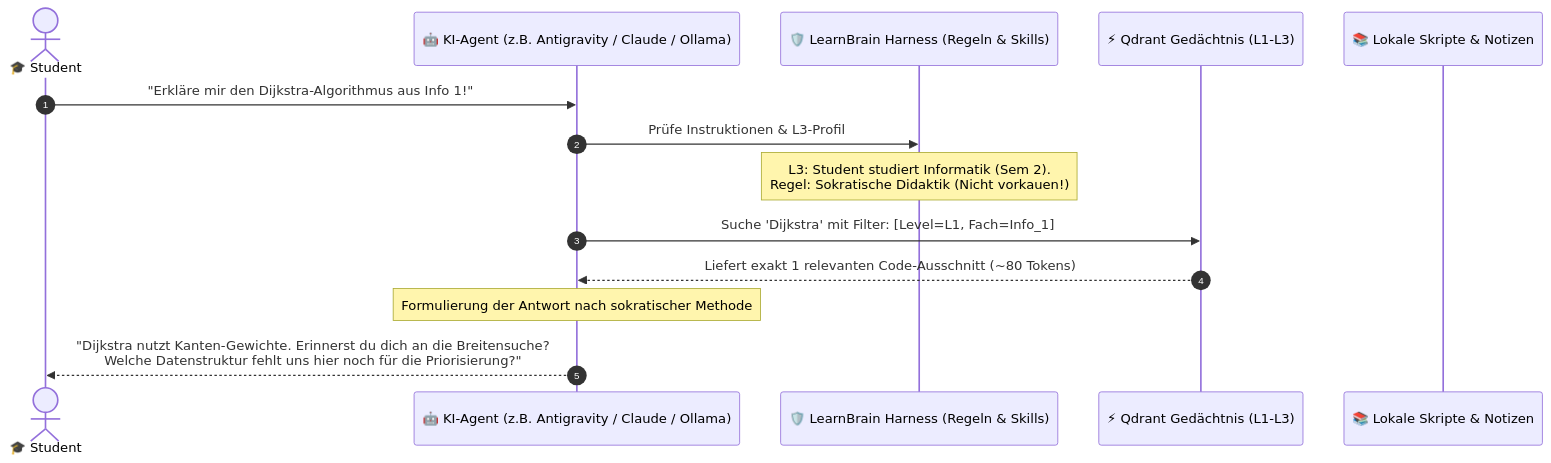
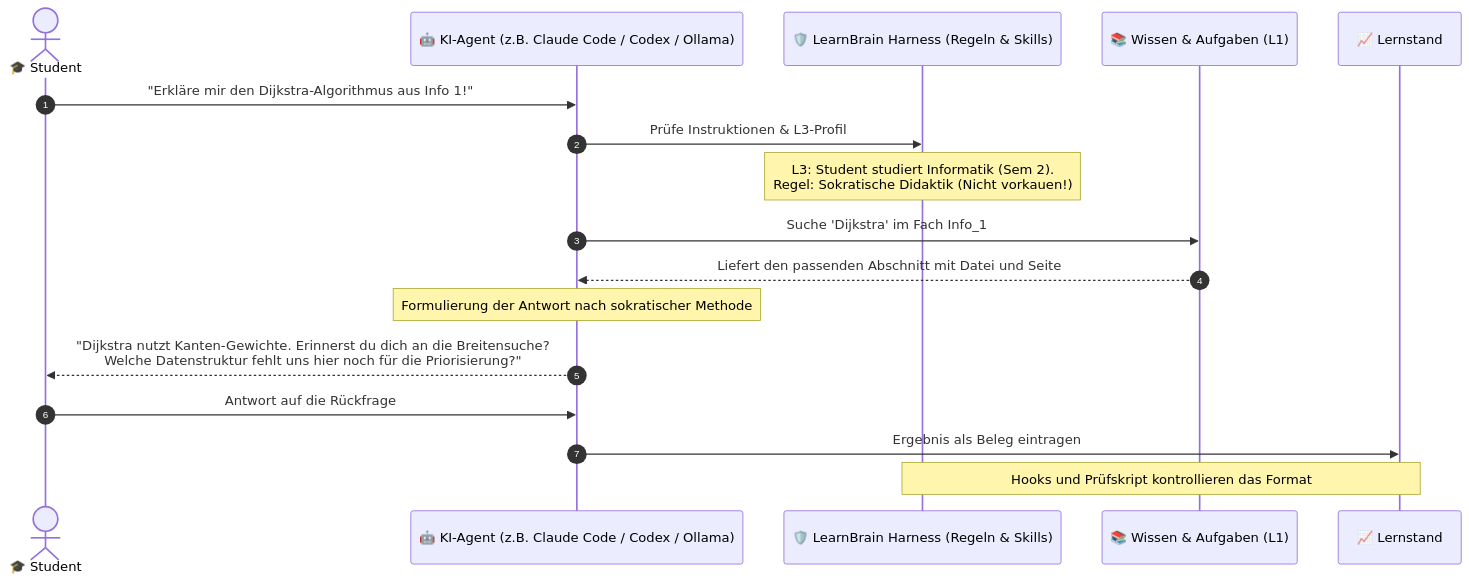
Before and after one commit to OpenLearnBrain/LearnBrain: the second of 3 diagrams in README.md, drawn with Mermaid. The commit also changed other lines of this file, not shown here.

````diff
--- a/README.md
+++ b/README.md
@@ -60,17 +81,20 @@
 ```mermaid
 sequenceDiagram
     autonumber
     actor Student as 🎓 Student
-    participant KI as 🤖 KI-Agent (z.B. Antigravity / Claude / Ollama)
+    participant KI as 🤖 KI-Agent (z.B. Claude Code / Codex / Ollama)
     participant Harness as 🛡️ LearnBrain Harness (Regeln & Skills)
-    participant Qdrant as ⚡ Qdrant Gedächtnis (L1-L3)
-    participant Library as 📚 Lokale Skripte & Notizen
+    participant Wissen as 📚 Wissen & Aufgaben (L1)
+    participant Lernstand as 📈 Lernstand
 
     Student->>KI: "Erkläre mir den Dijkstra-Algorithmus aus Info 1!"
     KI->>Harness: Prüfe Instruktionen & L3-Profil
     Note over Harness: L3: Student studiert Informatik (Sem 2).<br/>Regel: Sokratische Didaktik (Nicht vorkauen!)
-    KI->>Qdrant: Suche 'Dijkstra' mit Filter: [Level=L1, Fach=Info_1]
-    Qdrant-->>KI: Liefert exakt 1 relevanten Code-Ausschnitt (~80 Tokens)
+    KI->>Wissen: Suche 'Dijkstra' im Fach Info_1
+    Wissen-->>KI: Liefert den passenden Abschnitt mit Datei und Seite
     Note over KI: Formulierung der Antwort nach sokratischer Methode
     KI-->>Student: "Dijkstra nutzt Kanten-Gewichte. Erinnerst du dich an die Breitensuche?<br/>Welche Datenstruktur fehlt uns hier noch für die Priorisierung?"
+    Student->>KI: Antwort auf die Rückfrage
+    KI->>Lernstand: Ergebnis als Beleg eintragen
+    Note over Harness,Lernstand: Hooks und Prüfskript kontrollieren das Format
 ```
````
